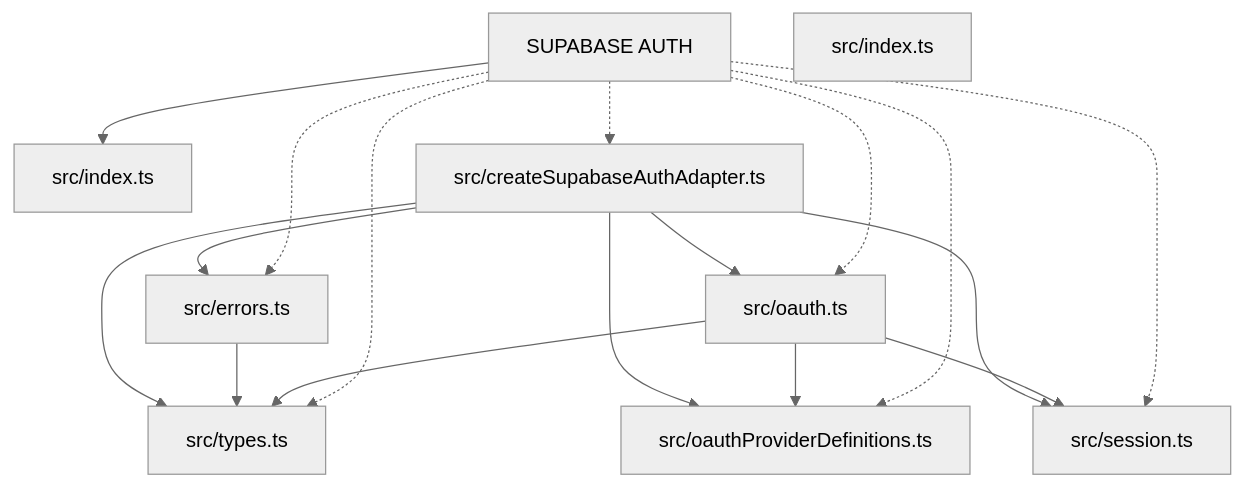
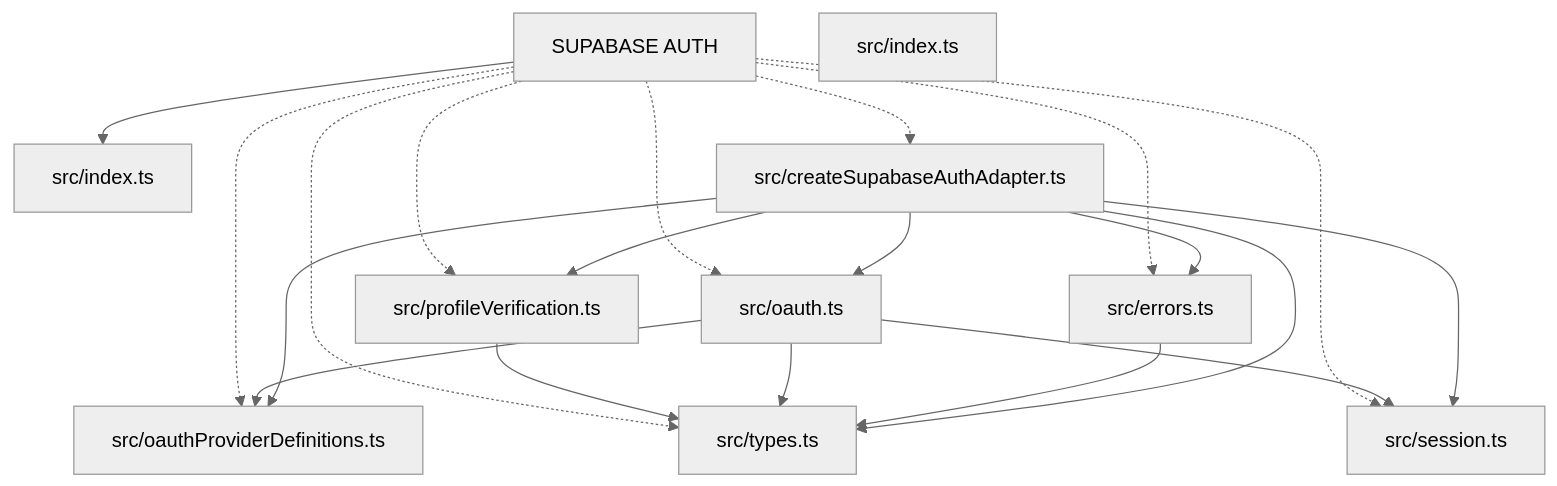
The diagram in paradox/diagrams/architecture-overview.mmd (ankhorage/supabase-auth), drawn with Mermaid (neutral theme) before and after one commit. The commit also changed 11 other files, not shown here.

```diff
--- a/paradox/diagrams/architecture-overview.mmd
+++ b/paradox/diagrams/architecture-overview.mmd
@@ -1,26 +1,30 @@
 graph TD
   package__ankhorage_supabase_auth["SUPABASE AUTH"]
   entrypoint_src_index_ts["src/index.ts"]
   package__ankhorage_supabase_auth --> entrypoint_src_index_ts
   module_src_createSupabaseAuthAdapter_ts["src/createSupabaseAuthAdapter.ts"]
   package__ankhorage_supabase_auth -.-> module_src_createSupabaseAuthAdapter_ts
   module_src_createSupabaseAuthAdapter_ts --> module_src_errors_ts
   module_src_createSupabaseAuthAdapter_ts --> module_src_oauth_ts
   module_src_createSupabaseAuthAdapter_ts --> module_src_oauthProviderDefinitions_ts
+  module_src_createSupabaseAuthAdapter_ts --> module_src_profileVerification_ts
   module_src_createSupabaseAuthAdapter_ts --> module_src_session_ts
   module_src_createSupabaseAuthAdapter_ts --> module_src_types_ts
   module_src_errors_ts["src/errors.ts"]
   package__ankhorage_supabase_auth -.-> module_src_errors_ts
   module_src_errors_ts --> module_src_types_ts
   module_src_index_ts["src/index.ts"]
   module_src_oauth_ts["src/oauth.ts"]
   package__ankhorage_supabase_auth -.-> module_src_oauth_ts
   module_src_oauth_ts --> module_src_oauthProviderDefinitions_ts
   module_src_oauth_ts --> module_src_session_ts
   module_src_oauth_ts --> module_src_types_ts
   module_src_oauthProviderDefinitions_ts["src/oauthProviderDefinitions.ts"]
   package__ankhorage_supabase_auth -.-> module_src_oauthProviderDefinitions_ts
+  module_src_profileVerification_ts["src/profileVerification.ts"]
+  package__ankhorage_supabase_auth -.-> module_src_profileVerification_ts
+  module_src_profileVerification_ts --> module_src_types_ts
   module_src_session_ts["src/session.ts"]
   package__ankhorage_supabase_auth -.-> module_src_session_ts
   module_src_types_ts["src/types.ts"]
   package__ankhorage_supabase_auth -.-> module_src_types_ts
```
